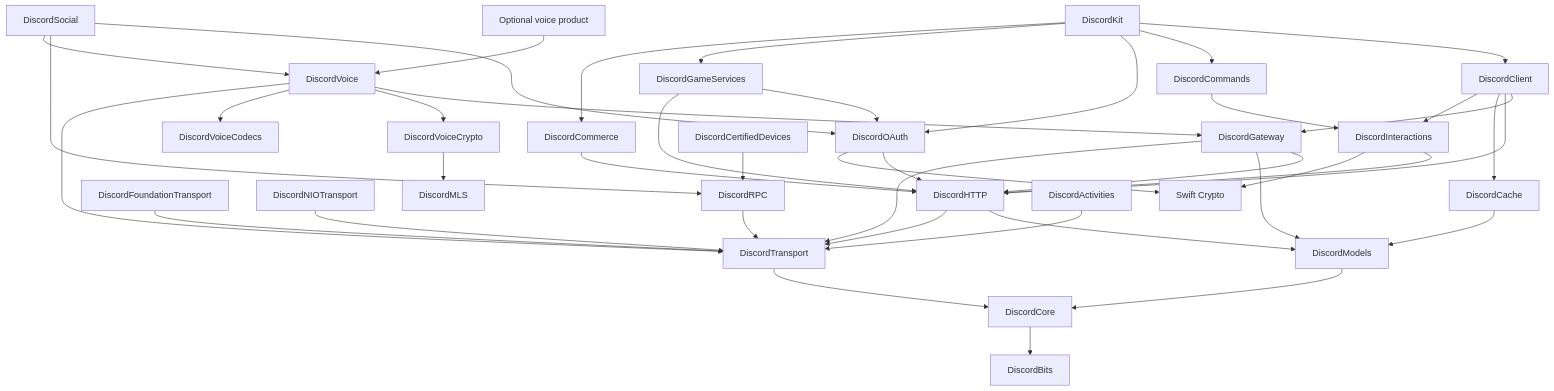
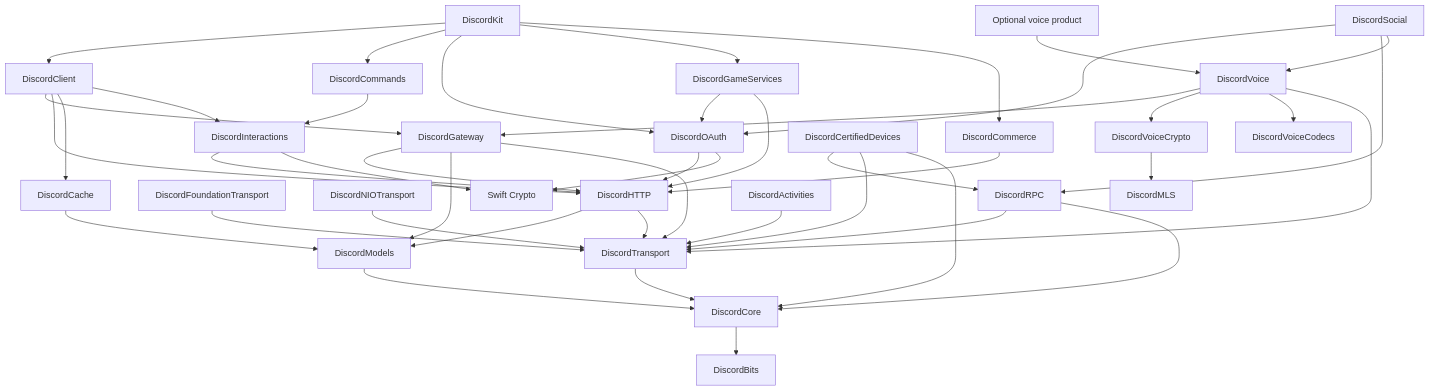
The diagram in Docs/Architecture.md (CarsonAurum/DiscordKit), drawn with Mermaid before and after one commit. The commit also changed other lines of this file and 41 other files, not shown here.

````diff
--- a/Docs/Architecture.md
+++ b/Docs/Architecture.md
@@ -67,43 +74,46 @@
 ```mermaid
 flowchart TD
     DiscordCore --> DiscordBits
     DiscordModels --> DiscordCore
     DiscordTransport --> DiscordCore
     DiscordHTTP --> DiscordModels
     DiscordHTTP --> DiscordTransport
     DiscordGateway --> DiscordHTTP
     DiscordGateway --> DiscordModels
     DiscordGateway --> DiscordTransport
     DiscordFoundationTransport --> DiscordTransport
     DiscordNIOTransport --> DiscordTransport
     DiscordCache --> DiscordModels
     DiscordInteractions --> DiscordHTTP
     DiscordInteractions --> SwiftCrypto[Swift Crypto]
     DiscordCommands --> DiscordInteractions
     DiscordOAuth --> DiscordHTTP
     DiscordOAuth --> SwiftCrypto
     DiscordGameServices --> DiscordOAuth
     DiscordGameServices --> DiscordHTTP
     DiscordClient --> DiscordGateway
     DiscordClient --> DiscordHTTP
     DiscordClient --> DiscordCache
     DiscordClient --> DiscordInteractions
     DiscordVoice --> DiscordGateway
     DiscordVoice --> DiscordVoiceCrypto
     DiscordVoice --> DiscordVoiceCodecs
     DiscordVoice --> DiscordTransport
     DiscordVoiceCrypto --> DiscordMLS
     DiscordKit --> DiscordClient
     DiscordKit --> DiscordCommands
     DiscordKit --> DiscordOAuth
     DiscordKit --> DiscordGameServices
     DiscordKit --> DiscordCommerce
     VoiceProduct[Optional voice product] --> DiscordVoice
     DiscordRPC --> DiscordTransport
+    DiscordRPC --> DiscordCore
     DiscordCertifiedDevices --> DiscordRPC
+    DiscordCertifiedDevices --> DiscordTransport
+    DiscordCertifiedDevices --> DiscordCore
     DiscordActivities --> DiscordTransport
     DiscordSocial --> DiscordOAuth
     DiscordSocial --> DiscordRPC
     DiscordSocial --> DiscordVoice
     DiscordCommerce --> DiscordHTTP
 ```
````
